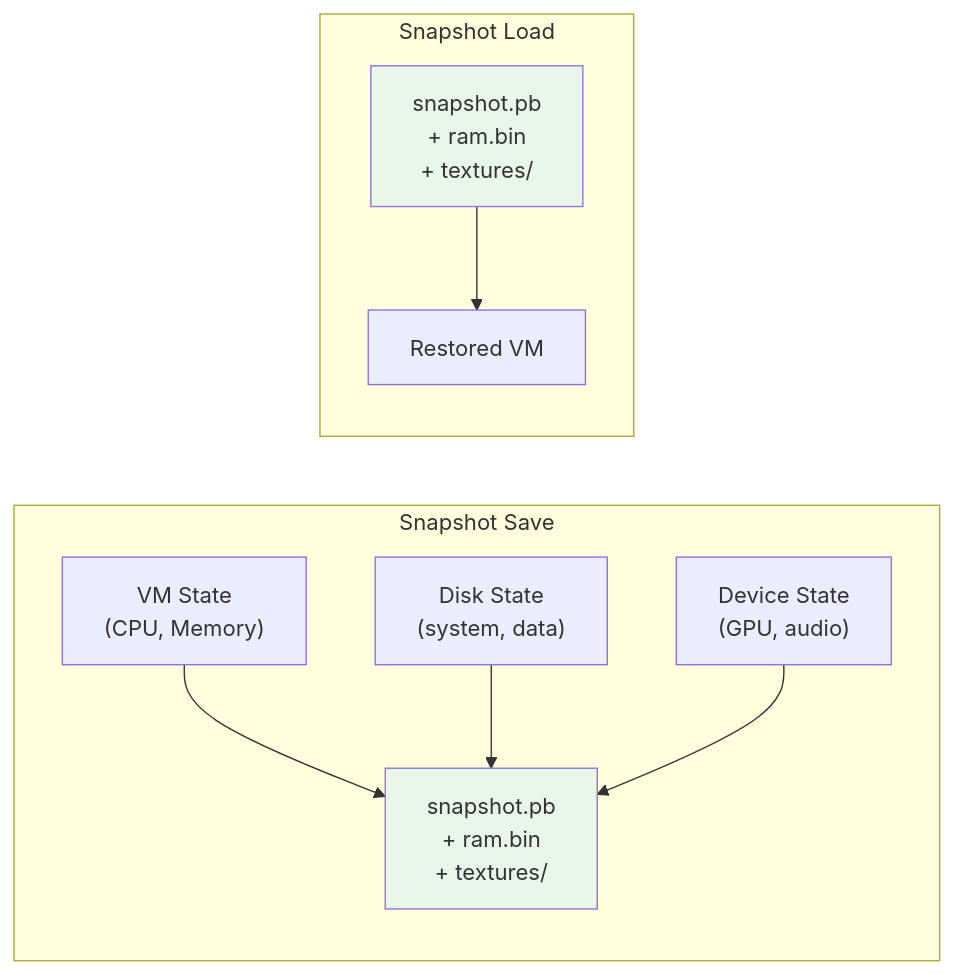
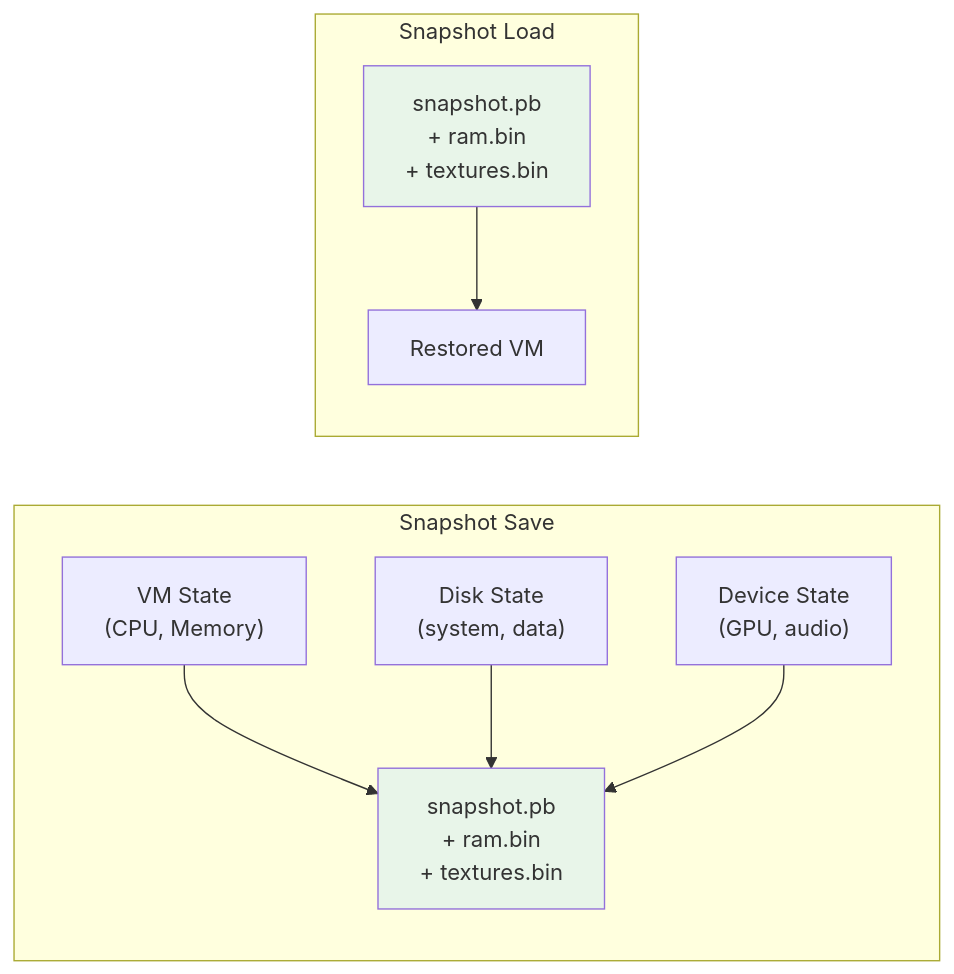
Before and after one commit to aospbooks/aosp-internal-book: diagram 18 of 20 in 60-emulator.md, drawn with Mermaid. The commit also changed other lines of this file and 218 other files, not shown here.

````diff
--- a/60-emulator.md
+++ b/60-emulator.md
@@ -2886,23 +2917,23 @@
 ```mermaid
 graph LR
     subgraph "Snapshot Save"
         VM_STATE["VM State<br/>(CPU, Memory)"]
         DISK_STATE["Disk State<br/>(system, data)"]
         DEV_STATE["Device State<br/>(GPU, audio)"]
-        SNAP_FILE["snapshot.pb<br/>+ ram.bin<br/>+ textures/"]
+        SNAP_FILE["snapshot.pb<br/>+ ram.bin<br/>+ textures.bin"]
     end
 
     VM_STATE --> SNAP_FILE
     DISK_STATE --> SNAP_FILE
     DEV_STATE --> SNAP_FILE
 
     subgraph "Snapshot Load"
-        SNAP_FILE2["snapshot.pb<br/>+ ram.bin<br/>+ textures/"]
+        SNAP_FILE2["snapshot.pb<br/>+ ram.bin<br/>+ textures.bin"]
         RESTORED["Restored VM"]
     end
 
     SNAP_FILE2 --> RESTORED
 
     style SNAP_FILE fill:#e8f5e9
     style SNAP_FILE2 fill:#e8f5e9
 ```
````
